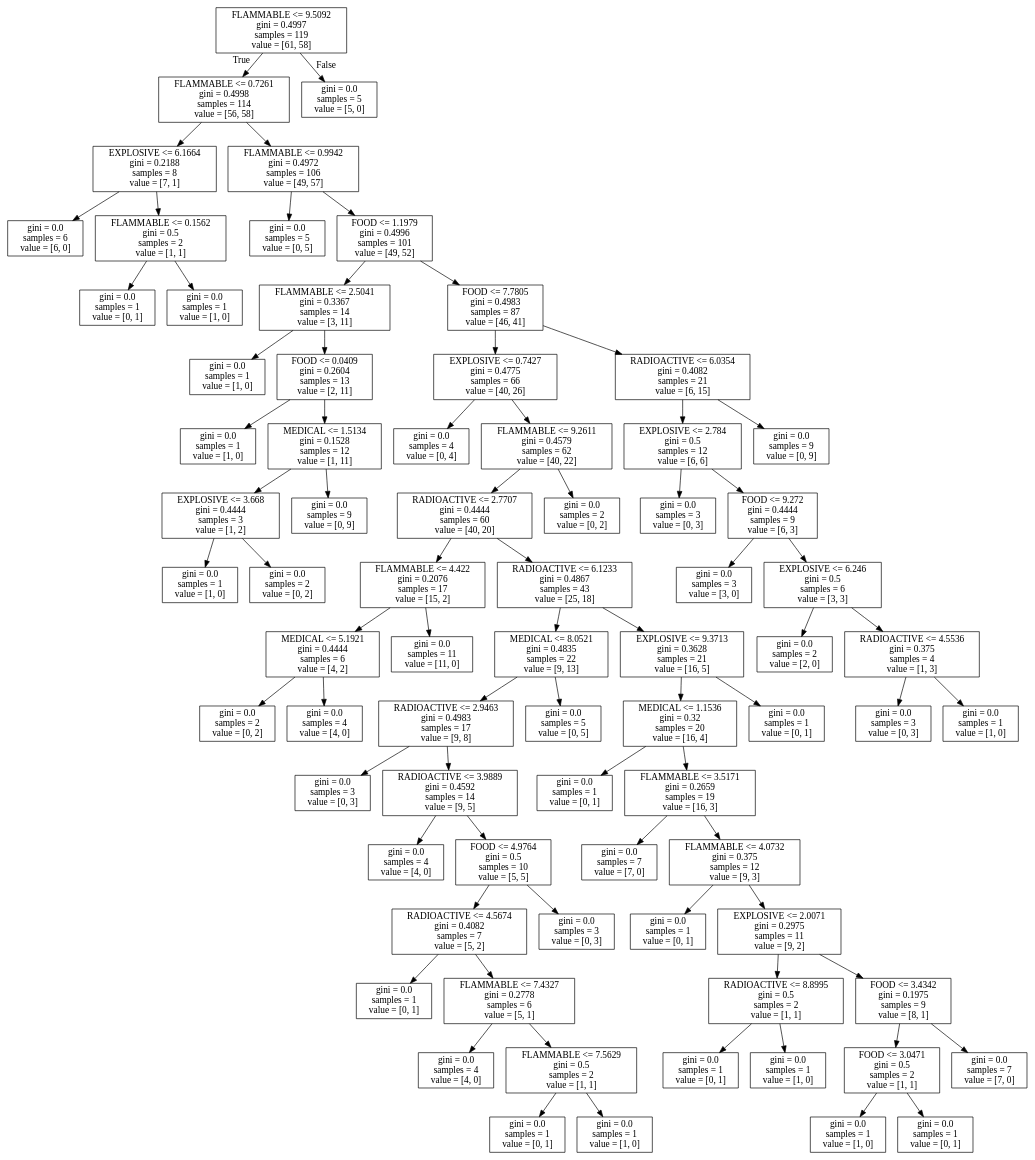
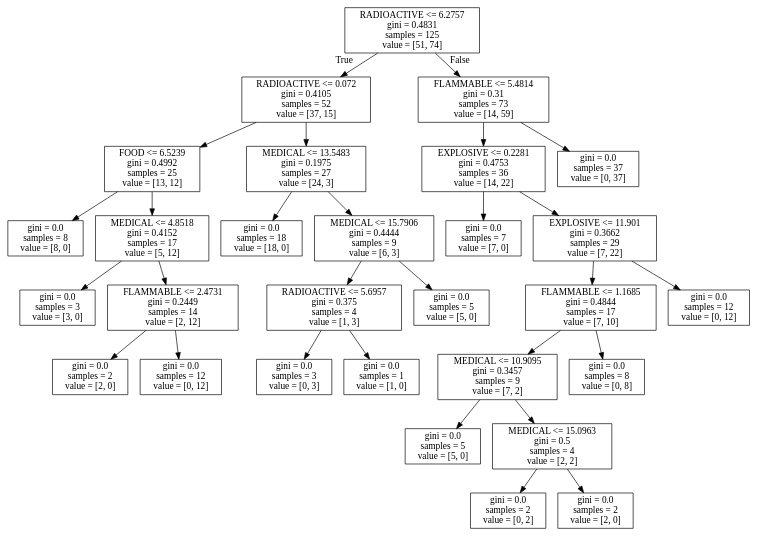
Before and after one commit to DariuszMak/AI_2017: the diagram in decision_tree/dt.dot, drawn with Graphviz. The commit also changed 5 other files, not shown here.

```diff
--- a/decision_tree/dt.dot
+++ b/decision_tree/dt.dot
@@ -1,152 +1,60 @@
 digraph Tree {
 node [shape=box] ;
-0 [label="FLAMMABLE <= 9.5092\ngini = 0.4997\nsamples = 119\nvalue = [61, 58]"] ;
-1 [label="FLAMMABLE <= 0.7261\ngini = 0.4998\nsamples = 114\nvalue = [56, 58]"] ;
+0 [label="RADIOACTIVE <= 6.2757\ngini = 0.4831\nsamples = 125\nvalue = [51, 74]"] ;
+1 [label="RADIOACTIVE <= 0.072\ngini = 0.4105\nsamples = 52\nvalue = [37, 15]"] ;
 0 -> 1 [labeldistance=2.5, labelangle=45, headlabel="True"] ;
-2 [label="EXPLOSIVE <= 6.1664\ngini = 0.2188\nsamples = 8\nvalue = [7, 1]"] ;
+2 [label="FOOD <= 6.5239\ngini = 0.4992\nsamples = 25\nvalue = [13, 12]"] ;
 1 -> 2 ;
-3 [label="gini = 0.0\nsamples = 6\nvalue = [6, 0]"] ;
+3 [label="gini = 0.0\nsamples = 8\nvalue = [8, 0]"] ;
 2 -> 3 ;
-4 [label="FLAMMABLE <= 0.1562\ngini = 0.5\nsamples = 2\nvalue = [1, 1]"] ;
+4 [label="MEDICAL <= 4.8518\ngini = 0.4152\nsamples = 17\nvalue = [5, 12]"] ;
 2 -> 4 ;
-5 [label="gini = 0.0\nsamples = 1\nvalue = [0, 1]"] ;
+5 [label="gini = 0.0\nsamples = 3\nvalue = [3, 0]"] ;
 4 -> 5 ;
-6 [label="gini = 0.0\nsamples = 1\nvalue = [1, 0]"] ;
+6 [label="FLAMMABLE <= 2.4731\ngini = 0.2449\nsamples = 14\nvalue = [2, 12]"] ;
 4 -> 6 ;
-7 [label="FLAMMABLE <= 0.9942\ngini = 0.4972\nsamples = 106\nvalue = [49, 57]"] ;
-1 -> 7 ;
-8 [label="gini = 0.0\nsamples = 5\nvalue = [0, 5]"] ;
-7 -> 8 ;
-9 [label="FOOD <= 1.1979\ngini = 0.4996\nsamples = 101\nvalue = [49, 52]"] ;
-7 -> 9 ;
-10 [label="FLAMMABLE <= 2.5041\ngini = 0.3367\nsamples = 14\nvalue = [3, 11]"] ;
+7 [label="gini = 0.0\nsamples = 2\nvalue = [2, 0]"] ;
+6 -> 7 ;
+8 [label="gini = 0.0\nsamples = 12\nvalue = [0, 12]"] ;
+6 -> 8 ;
+9 [label="MEDICAL <= 13.5483\ngini = 0.1975\nsamples = 27\nvalue = [24, 3]"] ;
+1 -> 9 ;
+10 [label="gini = 0.0\nsamples = 18\nvalue = [18, 0]"] ;
 9 -> 10 ;
-11 [label="gini = 0.0\nsamples = 1\nvalue = [1, 0]"] ;
-10 -> 11 ;
-12 [label="FOOD <= 0.0409\ngini = 0.2604\nsamples = 13\nvalue = [2, 11]"] ;
-10 -> 12 ;
-13 [label="gini = 0.0\nsamples = 1\nvalue = [1, 0]"] ;
+11 [label="MEDICAL <= 15.7906\ngini = 0.4444\nsamples = 9\nvalue = [6, 3]"] ;
+9 -> 11 ;
+12 [label="RADIOACTIVE <= 5.6957\ngini = 0.375\nsamples = 4\nvalue = [1, 3]"] ;
+11 -> 12 ;
+13 [label="gini = 0.0\nsamples = 3\nvalue = [0, 3]"] ;
 12 -> 13 ;
-14 [label="MEDICAL <= 1.5134\ngini = 0.1528\nsamples = 12\nvalue = [1, 11]"] ;
+14 [label="gini = 0.0\nsamples = 1\nvalue = [1, 0]"] ;
 12 -> 14 ;
-15 [label="EXPLOSIVE <= 3.668\ngini = 0.4444\nsamples = 3\nvalue = [1, 2]"] ;
-14 -> 15 ;
-16 [label="gini = 0.0\nsamples = 1\nvalue = [1, 0]"] ;
-15 -> 16 ;
-17 [label="gini = 0.0\nsamples = 2\nvalue = [0, 2]"] ;
-15 -> 17 ;
-18 [label="gini = 0.0\nsamples = 9\nvalue = [0, 9]"] ;
-14 -> 18 ;
-19 [label="FOOD <= 7.7805\ngini = 0.4983\nsamples = 87\nvalue = [46, 41]"] ;
-9 -> 19 ;
-20 [label="EXPLOSIVE <= 0.7427\ngini = 0.4775\nsamples = 66\nvalue = [40, 26]"] ;
+15 [label="gini = 0.0\nsamples = 5\nvalue = [5, 0]"] ;
+11 -> 15 ;
+16 [label="FLAMMABLE <= 5.4814\ngini = 0.31\nsamples = 73\nvalue = [14, 59]"] ;
+0 -> 16 [labeldistance=2.5, labelangle=-45, headlabel="False"] ;
+17 [label="EXPLOSIVE <= 0.2281\ngini = 0.4753\nsamples = 36\nvalue = [14, 22]"] ;
+16 -> 17 ;
+18 [label="gini = 0.0\nsamples = 7\nvalue = [7, 0]"] ;
+17 -> 18 ;
+19 [label="EXPLOSIVE <= 11.901\ngini = 0.3662\nsamples = 29\nvalue = [7, 22]"] ;
+17 -> 19 ;
+20 [label="FLAMMABLE <= 1.1685\ngini = 0.4844\nsamples = 17\nvalue = [7, 10]"] ;
 19 -> 20 ;
-21 [label="gini = 0.0\nsamples = 4\nvalue = [0, 4]"] ;
+21 [label="MEDICAL <= 10.9095\ngini = 0.3457\nsamples = 9\nvalue = [7, 2]"] ;
 20 -> 21 ;
-22 [label="FLAMMABLE <= 9.2611\ngini = 0.4579\nsamples = 62\nvalue = [40, 22]"] ;
-20 -> 22 ;
-23 [label="RADIOACTIVE <= 2.7707\ngini = 0.4444\nsamples = 60\nvalue = [40, 20]"] ;
-22 -> 23 ;
-24 [label="FLAMMABLE <= 4.422\ngini = 0.2076\nsamples = 17\nvalue = [15, 2]"] ;
+22 [label="gini = 0.0\nsamples = 5\nvalue = [5, 0]"] ;
+21 -> 22 ;
+23 [label="MEDICAL <= 15.0963\ngini = 0.5\nsamples = 4\nvalue = [2, 2]"] ;
+21 -> 23 ;
+24 [label="gini = 0.0\nsamples = 2\nvalue = [0, 2]"] ;
 23 -> 24 ;
-25 [label="MEDICAL <= 5.1921\ngini = 0.4444\nsamples = 6\nvalue = [4, 2]"] ;
-24 -> 25 ;
-26 [label="gini = 0.0\nsamples = 2\nvalue = [0, 2]"] ;
-25 -> 26 ;
-27 [label="gini = 0.0\nsamples = 4\nvalue = [4, 0]"] ;
-25 -> 27 ;
-28 [label="gini = 0.0\nsamples = 11\nvalue = [11, 0]"] ;
-24 -> 28 ;
-29 [label="RADIOACTIVE <= 6.1233\ngini = 0.4867\nsamples = 43\nvalue = [25, 18]"] ;
-23 -> 29 ;
-30 [label="MEDICAL <= 8.0521\ngini = 0.4835\nsamples = 22\nvalue = [9, 13]"] ;
-29 -> 30 ;
-31 [label="RADIOACTIVE <= 2.9463\ngini = 0.4983\nsamples = 17\nvalue = [9, 8]"] ;
-30 -> 31 ;
-32 [label="gini = 0.0\nsamples = 3\nvalue = [0, 3]"] ;
-31 -> 32 ;
-33 [label="RADIOACTIVE <= 3.9889\ngini = 0.4592\nsamples = 14\nvalue = [9, 5]"] ;
-31 -> 33 ;
-34 [label="gini = 0.0\nsamples = 4\nvalue = [4, 0]"] ;
-33 -> 34 ;
-35 [label="FOOD <= 4.9764\ngini = 0.5\nsamples = 10\nvalue = [5, 5]"] ;
-33 -> 35 ;
-36 [label="RADIOACTIVE <= 4.5674\ngini = 0.4082\nsamples = 7\nvalue = [5, 2]"] ;
-35 -> 36 ;
-37 [label="gini = 0.0\nsamples = 1\nvalue = [0, 1]"] ;
-36 -> 37 ;
-38 [label="FLAMMABLE <= 7.4327\ngini = 0.2778\nsamples = 6\nvalue = [5, 1]"] ;
-36 -> 38 ;
-39 [label="gini = 0.0\nsamples = 4\nvalue = [4, 0]"] ;
-38 -> 39 ;
-40 [label="FLAMMABLE <= 7.5629\ngini = 0.5\nsamples = 2\nvalue = [1, 1]"] ;
-38 -> 40 ;
-41 [label="gini = 0.0\nsamples = 1\nvalue = [0, 1]"] ;
-40 -> 41 ;
-42 [label="gini = 0.0\nsamples = 1\nvalue = [1, 0]"] ;
-40 -> 42 ;
-43 [label="gini = 0.0\nsamples = 3\nvalue = [0, 3]"] ;
-35 -> 43 ;
-44 [label="gini = 0.0\nsamples = 5\nvalue = [0, 5]"] ;
-30 -> 44 ;
-45 [label="EXPLOSIVE <= 9.3713\ngini = 0.3628\nsamples = 21\nvalue = [16, 5]"] ;
-29 -> 45 ;
-46 [label="MEDICAL <= 1.1536\ngini = 0.32\nsamples = 20\nvalue = [16, 4]"] ;
-45 -> 46 ;
-47 [label="gini = 0.0\nsamples = 1\nvalue = [0, 1]"] ;
-46 -> 47 ;
-48 [label="FLAMMABLE <= 3.5171\ngini = 0.2659\nsamples = 19\nvalue = [16, 3]"] ;
-46 -> 48 ;
-49 [label="gini = 0.0\nsamples = 7\nvalue = [7, 0]"] ;
-48 -> 49 ;
-50 [label="FLAMMABLE <= 4.0732\ngini = 0.375\nsamples = 12\nvalue = [9, 3]"] ;
-48 -> 50 ;
-51 [label="gini = 0.0\nsamples = 1\nvalue = [0, 1]"] ;
-50 -> 51 ;
-52 [label="EXPLOSIVE <= 2.0071\ngini = 0.2975\nsamples = 11\nvalue = [9, 2]"] ;
-50 -> 52 ;
-53 [label="RADIOACTIVE <= 8.8995\ngini = 0.5\nsamples = 2\nvalue = [1, 1]"] ;
-52 -> 53 ;
-54 [label="gini = 0.0\nsamples = 1\nvalue = [0, 1]"] ;
-53 -> 54 ;
-55 [label="gini = 0.0\nsamples = 1\nvalue = [1, 0]"] ;
-53 -> 55 ;
-56 [label="FOOD <= 3.4342\ngini = 0.1975\nsamples = 9\nvalue = [8, 1]"] ;
-52 -> 56 ;
-57 [label="FOOD <= 3.0471\ngini = 0.5\nsamples = 2\nvalue = [1, 1]"] ;
-56 -> 57 ;
-58 [label="gini = 0.0\nsamples = 1\nvalue = [1, 0]"] ;
-57 -> 58 ;
-59 [label="gini = 0.0\nsamples = 1\nvalue = [0, 1]"] ;
-57 -> 59 ;
-60 [label="gini = 0.0\nsamples = 7\nvalue = [7, 0]"] ;
-56 -> 60 ;
-61 [label="gini = 0.0\nsamples = 1\nvalue = [0, 1]"] ;
-45 -> 61 ;
-62 [label="gini = 0.0\nsamples = 2\nvalue = [0, 2]"] ;
-22 -> 62 ;
-63 [label="RADIOACTIVE <= 6.0354\ngini = 0.4082\nsamples = 21\nvalue = [6, 15]"] ;
-19 -> 63 ;
-64 [label="EXPLOSIVE <= 2.784\ngini = 0.5\nsamples = 12\nvalue = [6, 6]"] ;
-63 -> 64 ;
-65 [label="gini = 0.0\nsamples = 3\nvalue = [0, 3]"] ;
-64 -> 65 ;
-66 [label="FOOD <= 9.272\ngini = 0.4444\nsamples = 9\nvalue = [6, 3]"] ;
-64 -> 66 ;
-67 [label="gini = 0.0\nsamples = 3\nvalue = [3, 0]"] ;
-66 -> 67 ;
-68 [label="EXPLOSIVE <= 6.246\ngini = 0.5\nsamples = 6\nvalue = [3, 3]"] ;
-66 -> 68 ;
-69 [label="gini = 0.0\nsamples = 2\nvalue = [2, 0]"] ;
-68 -> 69 ;
-70 [label="RADIOACTIVE <= 4.5536\ngini = 0.375\nsamples = 4\nvalue = [1, 3]"] ;
-68 -> 70 ;
-71 [label="gini = 0.0\nsamples = 3\nvalue = [0, 3]"] ;
-70 -> 71 ;
-72 [label="gini = 0.0\nsamples = 1\nvalue = [1, 0]"] ;
-70 -> 72 ;
-73 [label="gini = 0.0\nsamples = 9\nvalue = [0, 9]"] ;
-63 -> 73 ;
-74 [label="gini = 0.0\nsamples = 5\nvalue = [5, 0]"] ;
-0 -> 74 [labeldistance=2.5, labelangle=-45, headlabel="False"] ;
+25 [label="gini = 0.0\nsamples = 2\nvalue = [2, 0]"] ;
+23 -> 25 ;
+26 [label="gini = 0.0\nsamples = 8\nvalue = [0, 8]"] ;
+20 -> 26 ;
+27 [label="gini = 0.0\nsamples = 12\nvalue = [0, 12]"] ;
+19 -> 27 ;
+28 [label="gini = 0.0\nsamples = 37\nvalue = [0, 37]"] ;
+16 -> 28 ;
 }
```
